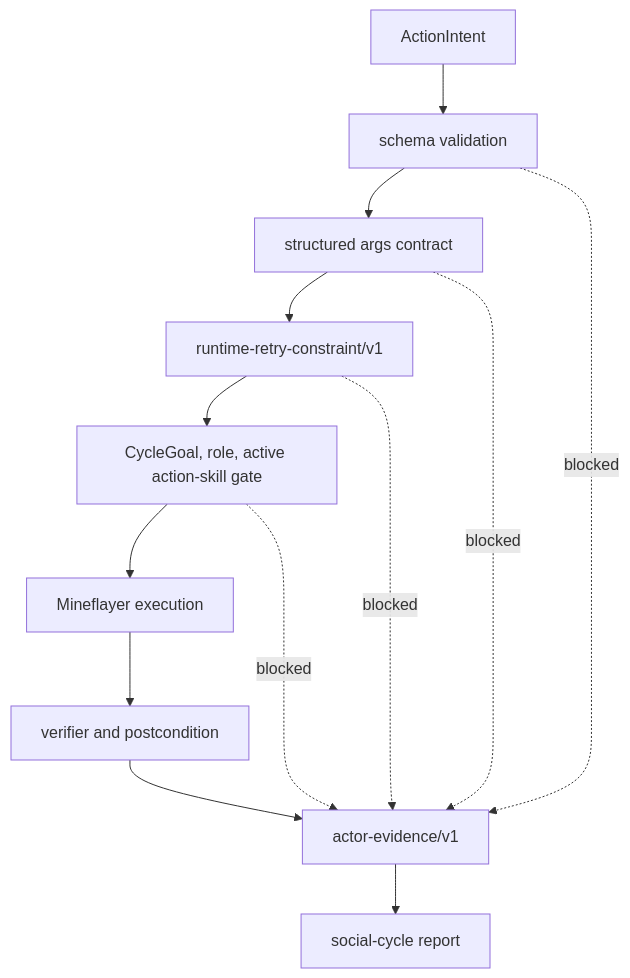
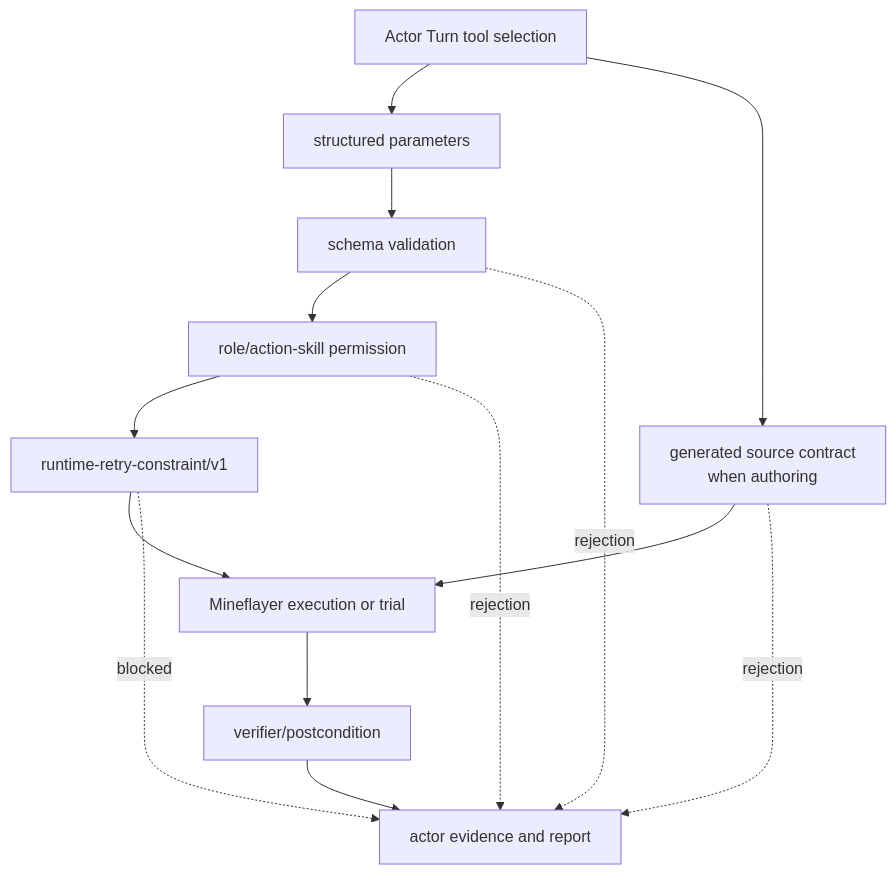
One commit to gigio1023/minecraft-llm-agent-community changed the fourth of 6 diagrams in CURRENT_IMPLEMENTATION_ARCHITECTURE_REVIEW.md. Above: the diagram before and after it, drawn with Mermaid. The commit also changed other lines of this file and 218 other files, not shown here.

Commit message:
Align Actor Turn tool calling runtime

````diff
--- a/CURRENT_IMPLEMENTATION_ARCHITECTURE_REVIEW.md
+++ b/CURRENT_IMPLEMENTATION_ARCHITECTURE_REVIEW.md
@@ -349,18 +182,19 @@
 ```mermaid
 flowchart TD
-  Intent["ActionIntent"]
+  Selection["Actor Turn tool selection"]
+  Params["structured parameters"]
   Schema["schema validation"]
-  Args["structured args contract"]
+  Permission["role/action-skill permission"]
   Retry["runtime-retry-constraint/v1"]
-  Permission["CycleGoal, role, active action-skill gate"]
-  Execute["Mineflayer execution"]
-  Verify["verifier and postcondition"]
-  Evidence["actor-evidence/v1"]
-  Report["social-cycle report"]
+  Source["generated source contract<br/>when authoring"]
+  Execute["Mineflayer execution or trial"]
+  Verify["verifier/postcondition"]
+  Evidence["actor evidence and report"]
 
-  Intent --> Schema --> Args --> Retry --> Permission --> Execute --> Verify --> Evidence --> Report
-  Schema -. blocked .-> Evidence
-  Args -. blocked .-> Evidence
+  Selection --> Params --> Schema --> Permission --> Retry --> Execute --> Verify --> Evidence
+  Selection --> Source --> Execute
+  Schema -. rejection .-> Evidence
+  Permission -. rejection .-> Evidence
   Retry -. blocked .-> Evidence
-  Permission -. blocked .-> Evidence
+  Source -. rejection .-> Evidence
 ```
````
